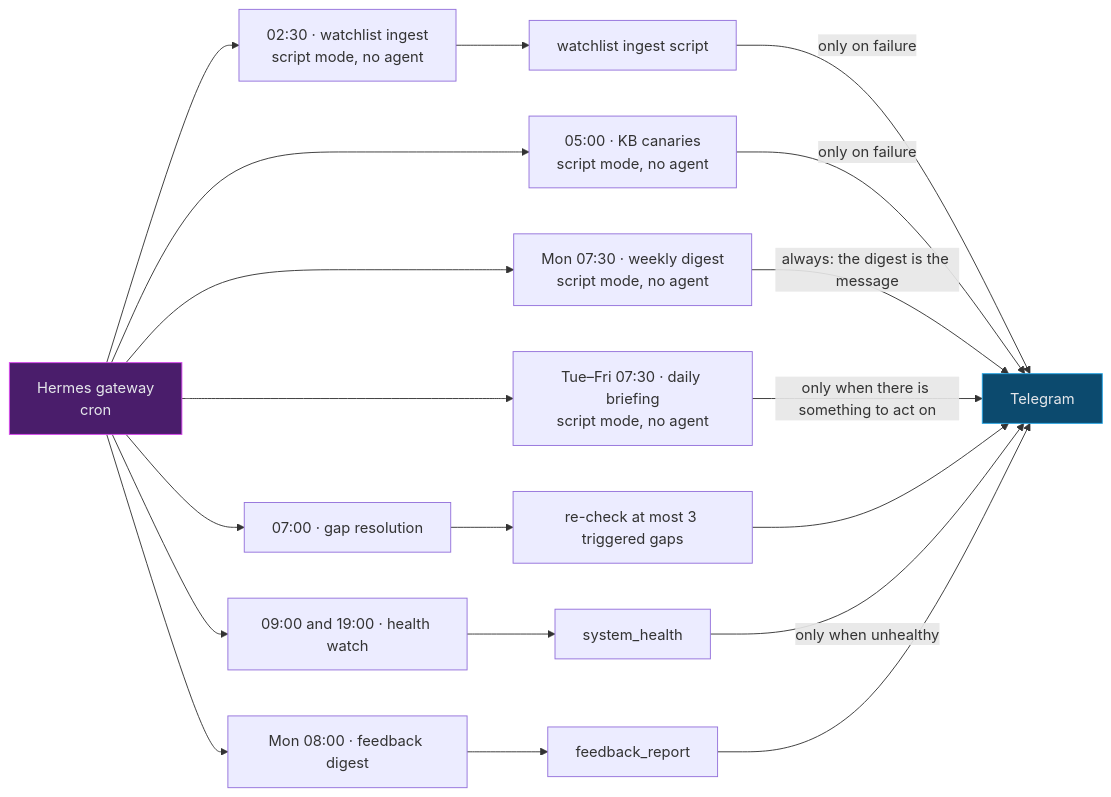
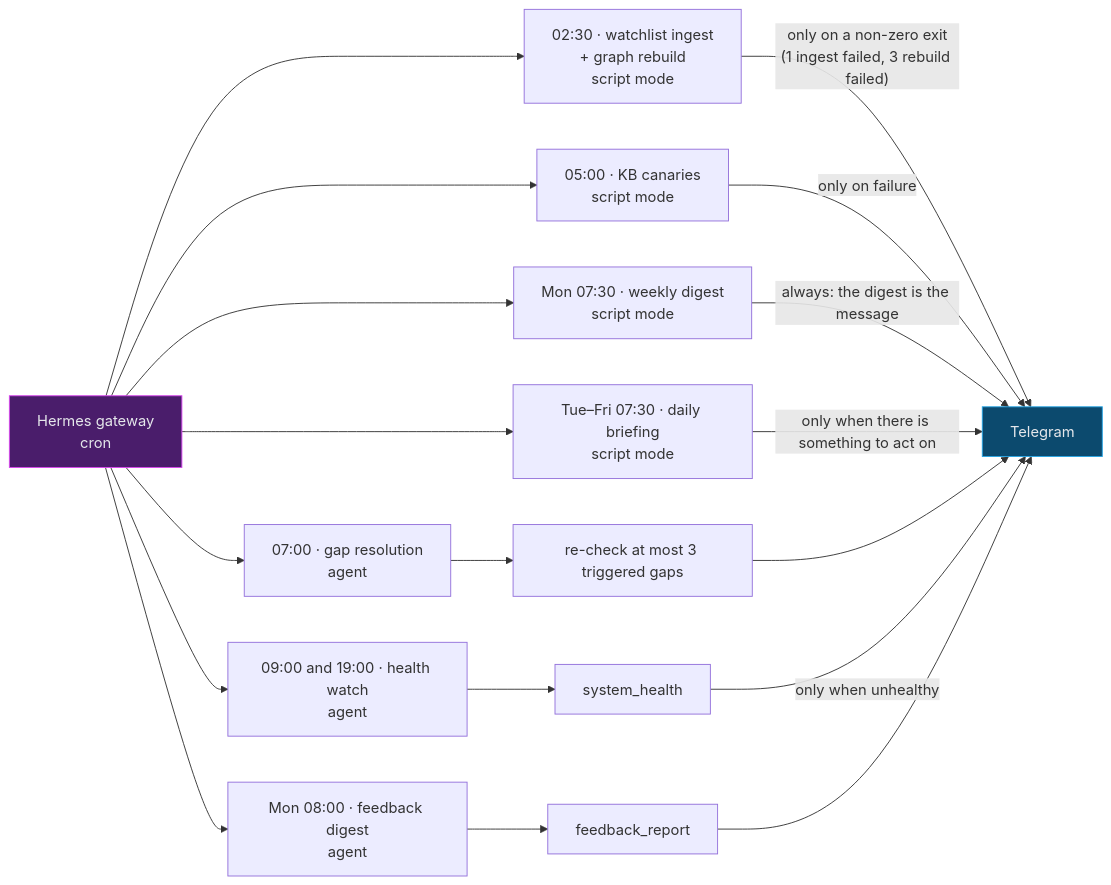
One commit to sebdallais-git/PharmaIT_Chat_and_Digest changed the sixth of 23 diagrams in README.md. Above: the diagram before and after it, drawn with Mermaid. The commit also changed other lines of this file, not shown here.

````diff
--- a/README.md
+++ b/README.md
@@ -207,24 +357,23 @@
 ```mermaid
 flowchart LR
-    H["Hermes gateway<br/>cron"] --> WL["02:30 · watchlist ingest<br/>script mode, no agent"]
-    H --> KC["05:00 · KB canaries<br/>script mode, no agent"]
-    H --> WD["Mon 07:30 · weekly digest<br/>script mode, no agent"]
-    H --> DB["Tue–Fri 07:30 · daily briefing<br/>script mode, no agent"]
-    H --> GR["07:00 · gap resolution"]
-    H --> HW["09:00 and 19:00 · health watch"]
-    H --> FD["Mon 08:00 · feedback digest"]
-    WL --> WI["watchlist ingest script"]
+    H["Hermes gateway<br/>cron"] --> WL["02:30 · watchlist ingest<br/>+ graph rebuild<br/>script mode"]
+    H --> KC["05:00 · KB canaries<br/>script mode"]
+    H --> GR["07:00 · gap resolution<br/>agent"]
+    H --> WD["Mon 07:30 · weekly digest<br/>script mode"]
+    H --> DB["Tue–Fri 07:30 · daily briefing<br/>script mode"]
+    H --> FD["Mon 08:00 · feedback digest<br/>agent"]
+    H --> HW["09:00 and 19:00 · health watch<br/>agent"]
     GR --> T2["re-check at most 3 triggered gaps"]
     HW --> T3["system_health"]
     FD --> T4["feedback_report"]
-    WI -- "only on failure" --> TG["Telegram"]
+    WL -- "only on a non-zero exit<br/>(1 ingest failed, 3 rebuild failed)" --> TG["Telegram"]
     KC -- "only on failure" --> TG
     WD -- "always: the digest is the message" --> TG
     DB -- "only when there is something to act on" --> TG
     T2 --> TG
     T3 -- "only when unhealthy" --> TG
     T4 --> TG
 
     style H fill:#4a1d6b,stroke:#d946ef,color:#e5e7eb
     style TG fill:#0c4a6e,stroke:#26A5E4,color:#e5e7eb
 ```
````
